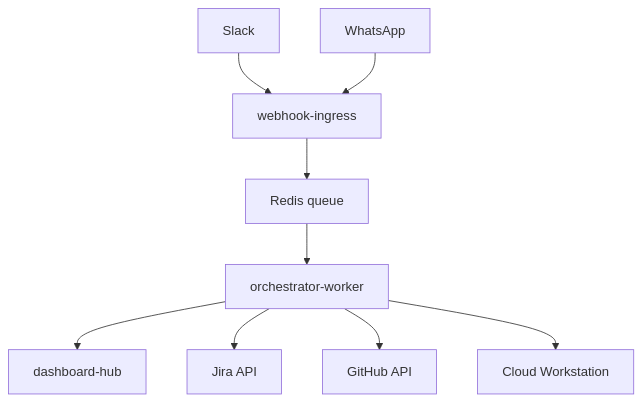
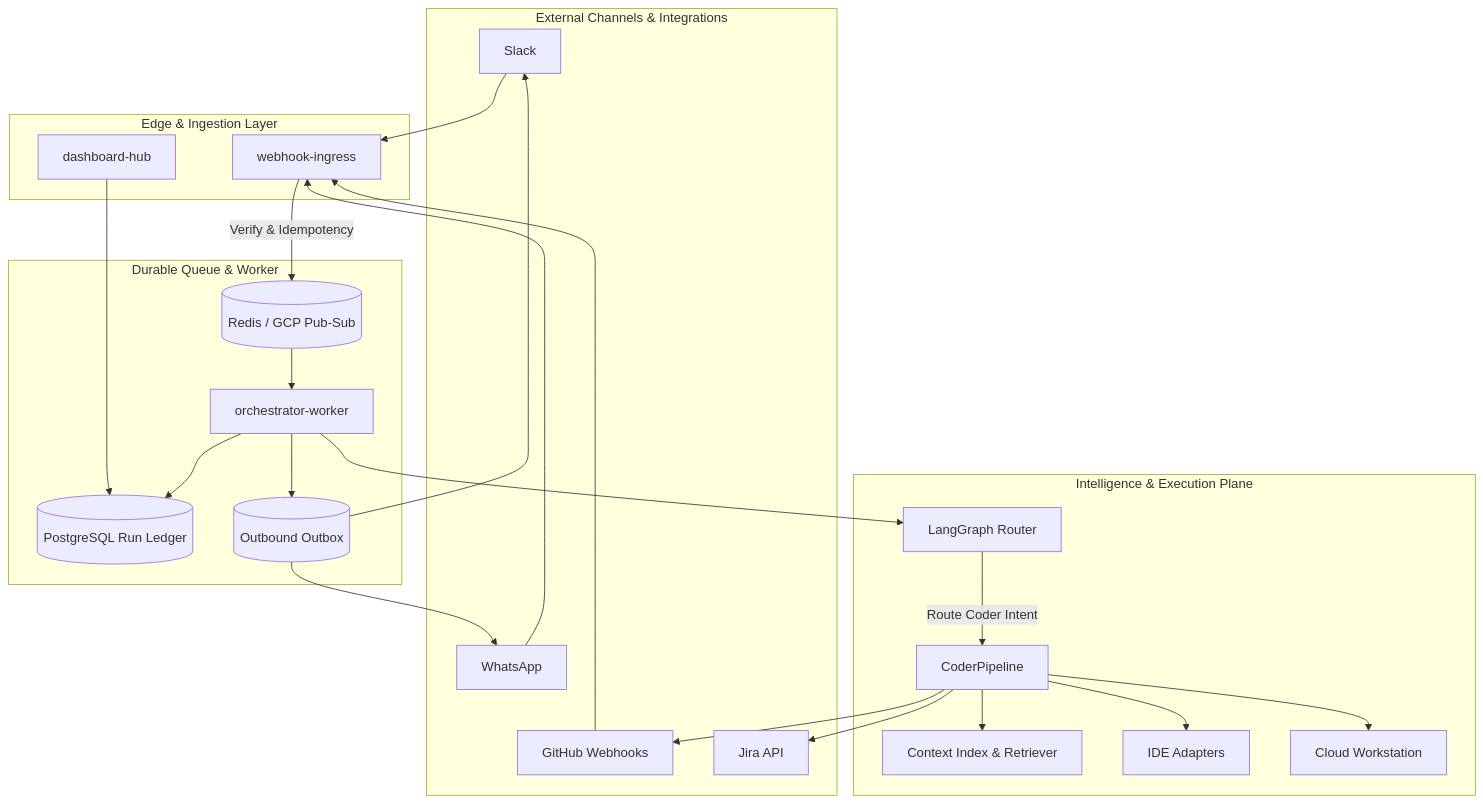
One commit to bhav09/thekedar changed the first of 2 diagrams in README.md. Above: the diagram before and after it, drawn with Mermaid. The commit also changed other lines of this file and 72 other files, not shown here.

````diff
--- a/README.md
+++ b/README.md
@@ -31,11 +41,50 @@
 ```mermaid
-flowchart TD
-    Slack[Slack] --> Ingress[webhook-ingress]
-    WhatsApp[WhatsApp] --> Ingress
-    Ingress --> Redis[Redis queue]
-    Redis --> Worker[orchestrator-worker]
-    Worker --> Dashboard[dashboard-hub]
-    Worker --> Jira[Jira API]
-    Worker --> GitHub[GitHub API]
-    Worker --> WS[Cloud Workstation]
+flowchart TB
+    subgraph external [External Channels & Integrations]
+        Slack[Slack]
+        WhatsApp[WhatsApp]
+        GitHub[GitHub Webhooks]
+        Jira[Jira API]
+    end
+
+    subgraph edge [Edge & Ingestion Layer]
+        Ingress[webhook-ingress]
+        Dashboard[dashboard-hub]
+    end
+
+    subgraph async [Durable Queue & Worker]
+        Bus[(Redis / GCP Pub-Sub)]
+        Worker[orchestrator-worker]
+        Ledger[(PostgreSQL Run Ledger)]
+        Outbox[(Outbound Outbox)]
+    end
+
+    subgraph intelligence [Intelligence & Execution Plane]
+        Graph[LangGraph Router]
+        Pipeline[CoderPipeline]
+        Context[Context Index & Retriever]
+        IDE[IDE Adapters]
+        WS[Cloud Workstation]
+    end
+
+    Slack --> Ingress
+    WhatsApp --> Ingress
+    GitHub --> Ingress
+    Dashboard --> Ledger
+
+    Ingress -->|Verify & Idempotency| Bus
+    Bus --> Worker
+    Worker --> Ledger
+    Worker --> Graph
+    
+    Graph -->|Route Coder Intent| Pipeline
+    Pipeline --> Context
+    Pipeline --> IDE
+    Pipeline --> WS
+    Pipeline --> GitHub
+    Pipeline --> Jira
+    
+    Worker --> Outbox
+    Outbox --> Slack
+    Outbox --> WhatsApp
 ```
````
